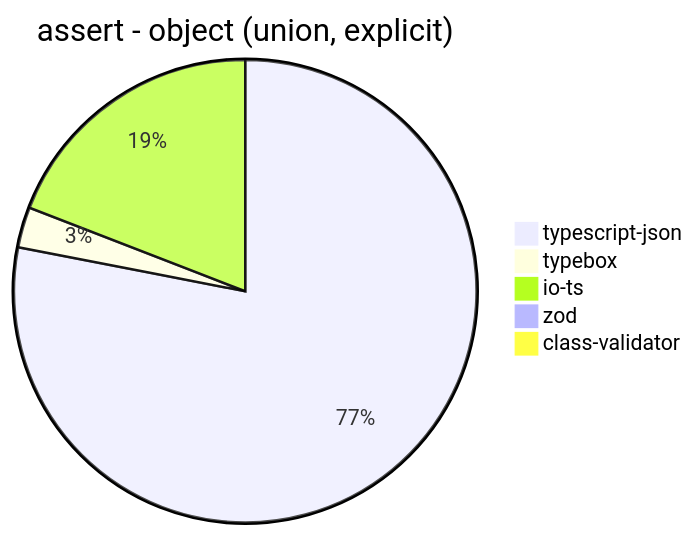
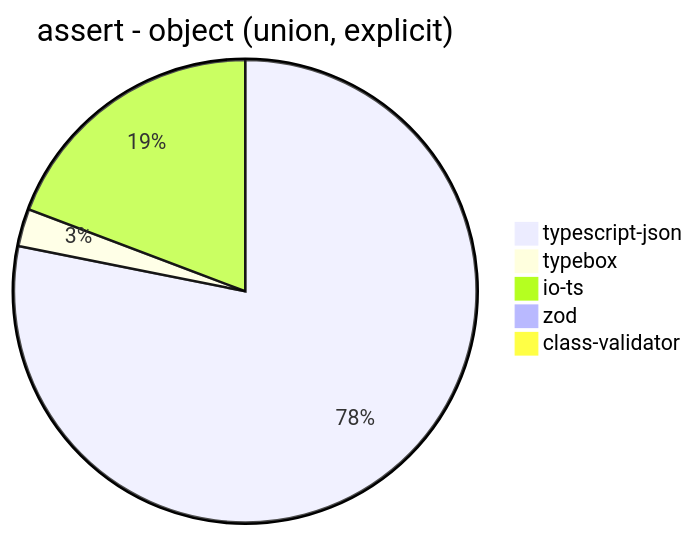
Diagram 11 of 39 in benchmark/results/AMD Ryzen 7 5800H with Radeon Graphics.md (samchon/typia), drawn with Mermaid before and after one commit. The commit also changed other lines of this file and 3 other files, not shown here.

````diff
--- a/benchmark/results/AMD Ryzen 7 5800H with Radeon Graphics.md
+++ b/benchmark/results/AMD Ryzen 7 5800H with Radeon Graphics.md
@@ -146,8 +146,8 @@
 ```mermaid
 pie title assert - object (union, explicit)
-  "typescript-json": 4750
-  "typebox": 171.99061541238044
-  "io-ts": 1163.6195752539243
-  "zod": 34.35537495382342
-  "class-validator": 16.03391079985256
+  "typescript-json": 4756.962495358336
+  "typebox": 159.88265493215988
+  "io-ts": 1171.7981417380215
+  "zod": 33.97880891487029
+  "class-validator": 15.336289726533629
 ```
````
